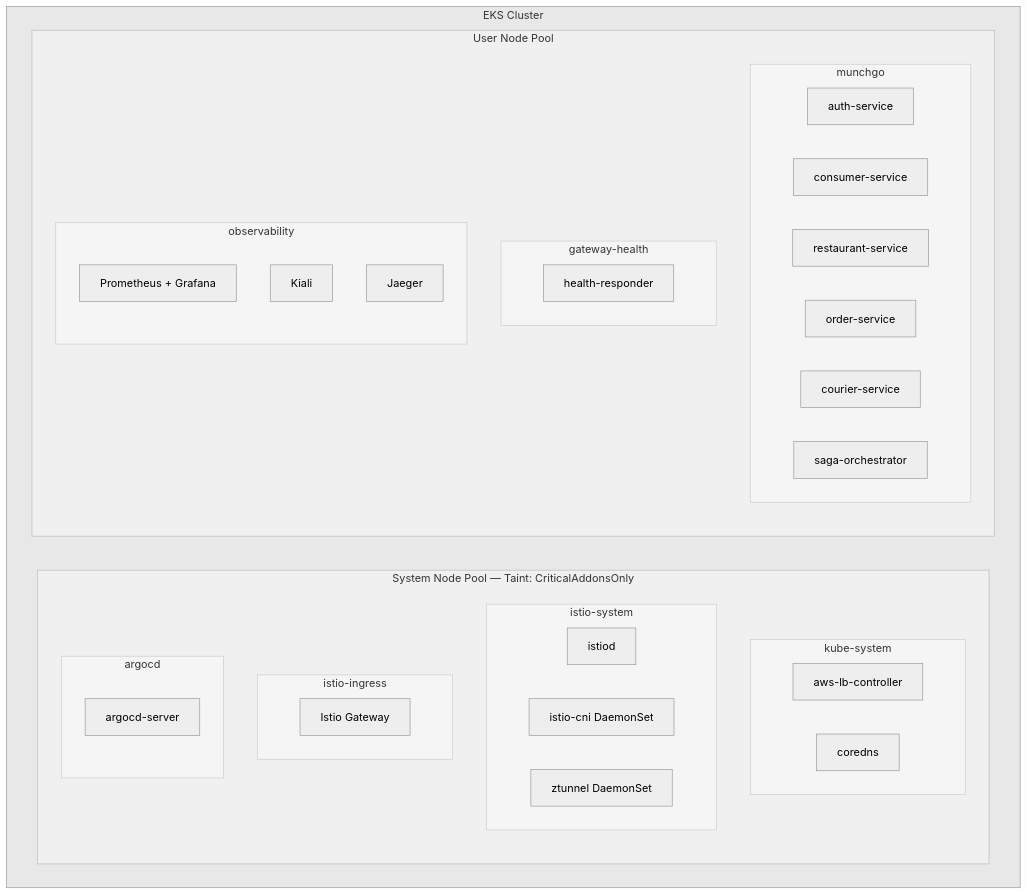
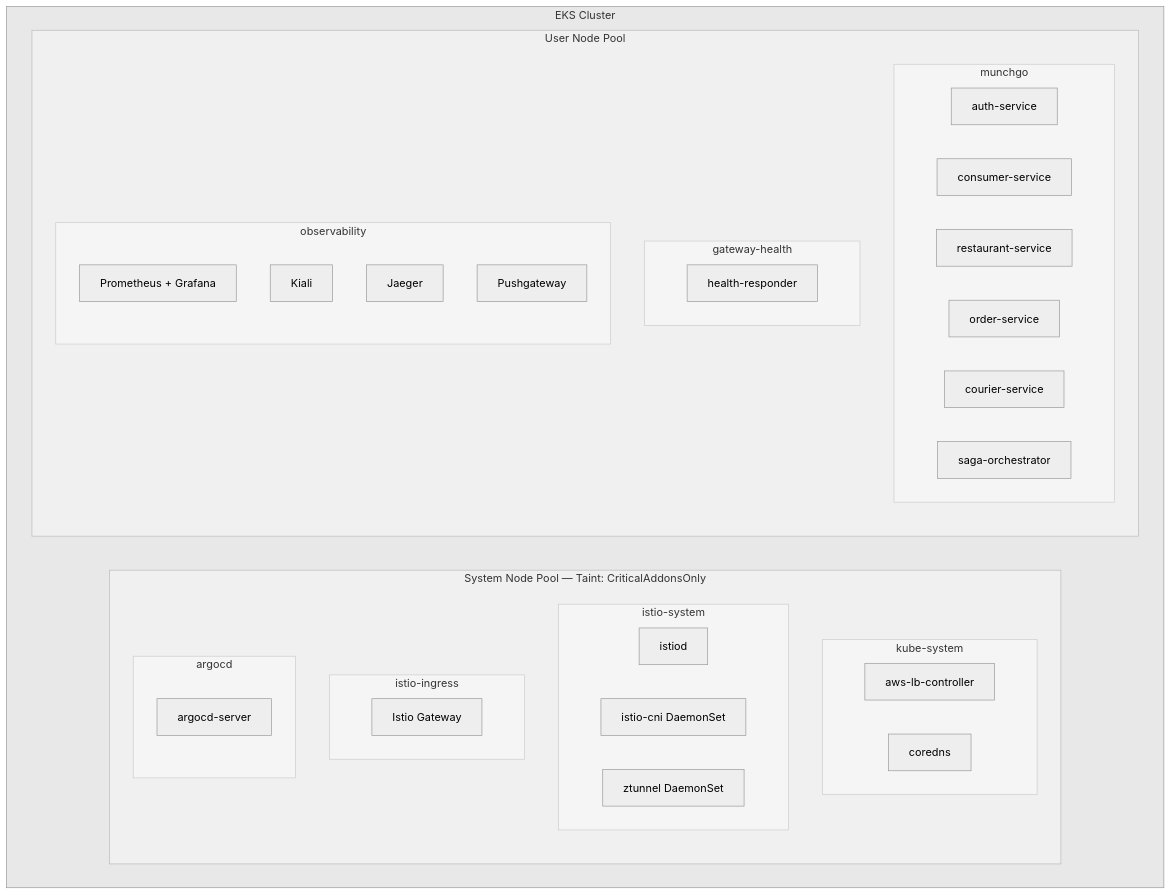
Before and after one commit to shanaka-versent/munchgo-aws-iac: the tenth of 12 diagrams in README.md, drawn with Mermaid (neutral theme). The commit also changed other lines of this file, not shown here.

````diff
--- a/README.md
+++ b/README.md
@@ -825,52 +641,53 @@
 ```mermaid
 flowchart TB
     subgraph EKS["EKS Cluster"]
         subgraph SystemPool["System Node Pool — Taint: CriticalAddonsOnly"]
             subgraph KS["kube-system"]
                 LBC2[aws-lb-controller]
                 CoreDNS[coredns]
             end
             subgraph IS["istio-system"]
                 Istiod2[istiod]
                 CNI2[istio-cni DaemonSet]
                 ZT2[ztunnel DaemonSet]
             end
             subgraph II["istio-ingress"]
                 GW2[Istio Gateway]
             end
             subgraph AC["argocd"]
                 ArgoServer[argocd-server]
             end
         end
 
         subgraph UserPool["User Node Pool"]
             subgraph MG["munchgo"]
                 Auth[auth-service]
                 Consumer[consumer-service]
                 Restaurant[restaurant-service]
                 Order[order-service]
                 Courier[courier-service]
                 Saga[saga-orchestrator]
             end
             subgraph GH["gateway-health"]
                 HealthResp[health-responder]
             end
             subgraph OBS["observability"]
                 Prom[Prometheus + Grafana]
                 Kiali2[Kiali]
                 Jaeger2[Jaeger]
+                Push[Pushgateway]
             end
         end
     end
 
     style EKS fill:#E8E8E8,stroke:#999,color:#333
     style SystemPool fill:#F0F0F0,stroke:#BBB,color:#333
     style UserPool fill:#F0F0F0,stroke:#BBB,color:#333
     style KS fill:#F5F5F5,stroke:#CCC,color:#333
     style IS fill:#F5F5F5,stroke:#CCC,color:#333
     style II fill:#F5F5F5,stroke:#CCC,color:#333
     style AC fill:#F5F5F5,stroke:#CCC,color:#333
     style MG fill:#F5F5F5,stroke:#CCC,color:#333
     style GH fill:#F5F5F5,stroke:#CCC,color:#333
     style OBS fill:#F5F5F5,stroke:#CCC,color:#333
 ```
````
